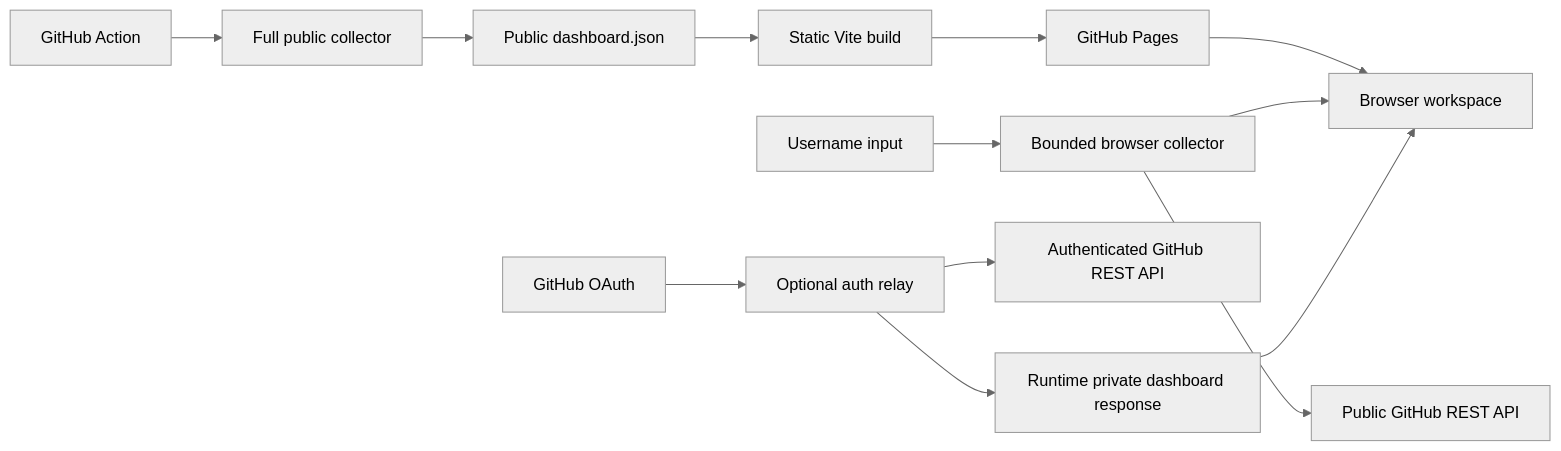
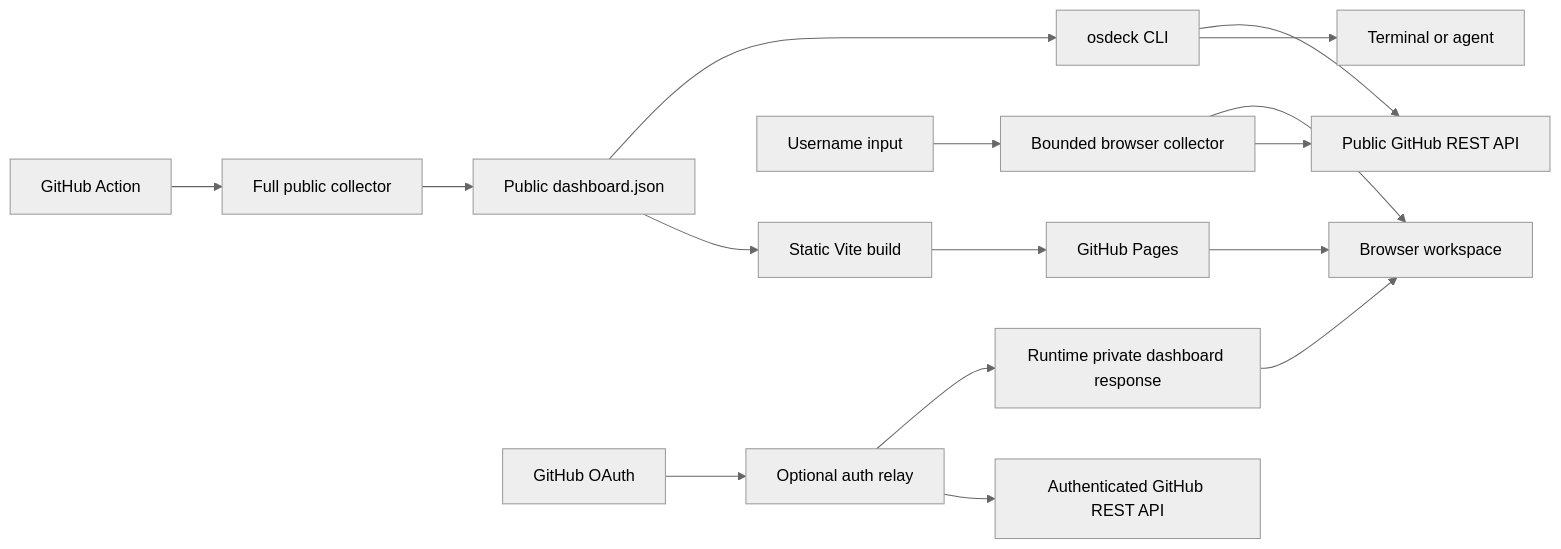
Before and after one commit to ranxi2001/opensource-deck: the diagram in docs/ARCHITECTURE.md, drawn with Mermaid (neutral theme). The commit also changed other lines of this file and 23 other files, not shown here.

Commit message:
feat: add CLI and agent skill

````diff
--- a/docs/ARCHITECTURE.md
+++ b/docs/ARCHITECTURE.md
@@ -7,18 +7,22 @@
 ```mermaid
 flowchart LR
     A[GitHub Action] --> C[Full public collector]
     C --> J[Public dashboard.json]
     J --> B[Static Vite build]
     B --> P[GitHub Pages]
 
     U[Username input] --> L[Bounded browser collector]
     L --> G[Public GitHub REST API]
 
     O[GitHub OAuth] --> R[Optional auth relay]
     R --> H[Authenticated GitHub REST API]
     R --> D[Runtime private dashboard response]
 
     P --> V[Browser workspace]
     L --> V
     D --> V
+
+    J --> Q[osdeck CLI]
+    Q --> T[Terminal or agent]
+    Q --> G
 ```
````
